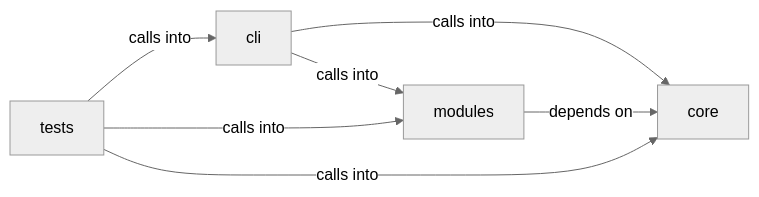
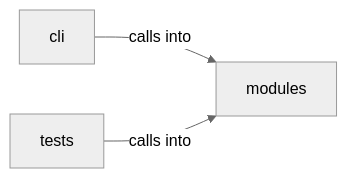
One commit to grisuno/LazyOwn changed the diagram in readmenator-diagrams/modules_opsec_scorer.md. Above: the diagram before and after it, drawn with Mermaid (neutral theme). The commit also changed other lines of this file and 764 other files, not shown here.

````diff
--- a/readmenator-diagrams/modules_opsec_scorer.md
+++ b/readmenator-diagrams/modules_opsec_scorer.md
@@ -5,13 +5,8 @@
 ```mermaid
 graph LR
     cli["cli"]
-    core["core"]
     modules["modules"]
     tests["tests"]
-    cli -- "calls into" --> core
     cli -- "calls into" --> modules
-    modules -- "depends on" --> core
-    tests -- "calls into" --> cli
-    tests -- "calls into" --> core
     tests -- "calls into" --> modules
 ```
````
